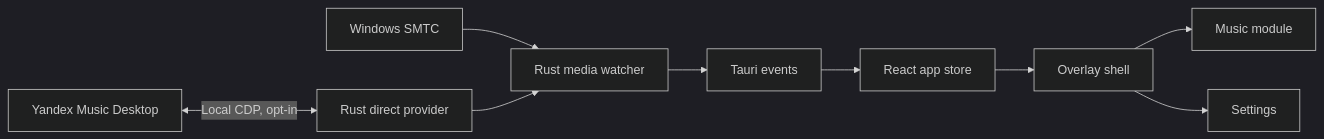
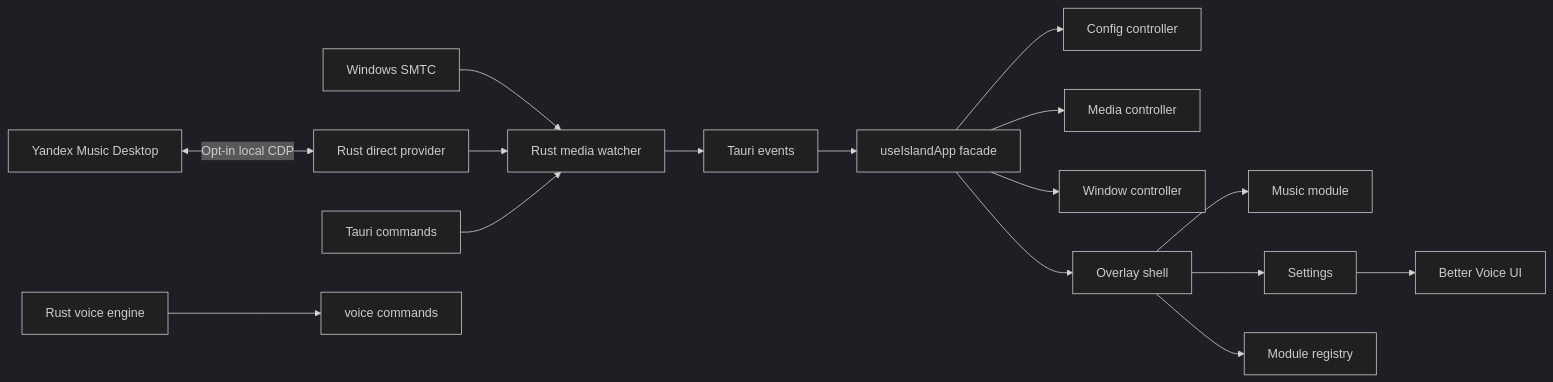
One commit to redheadesign/music-island changed the diagram in README.md. Above: the diagram before and after it, drawn with Mermaid (dark theme). The commit also changed other lines of this file and 12 other files, not shown here.

First line of the commit message:
Ship Music Island 1.3.1 with Unicode-safe portable updater relaunch.

````diff
--- a/README.md
+++ b/README.md
@@ -30,11 +32,18 @@
 ```mermaid
 flowchart LR
-  WindowsSMTC[Windows SMTC] --> RustMedia[Rust media watcher]
-  YandexDesktop[Yandex Music Desktop] <-->|Local CDP, opt-in| DirectProvider[Rust direct provider]
-  DirectProvider --> RustMedia
-  RustMedia --> TauriEvents[Tauri events]
-  ReactStore[React app store] --> OverlayShell[Overlay shell]
-  TauriEvents --> ReactStore
-  OverlayShell --> MusicModule[Music module]
-  OverlayShell --> SettingsModule[Settings]
+  SMTC[Windows SMTC] --> MediaWatcher[Rust media watcher]
+  Yandex[Yandex Music Desktop] <-->|Opt-in local CDP| DirectProvider[Rust direct provider]
+  DirectProvider --> MediaWatcher
+  MediaWatcher --> Events[Tauri events]
+  Commands[Tauri commands] --> MediaWatcher
+  VoiceEngine[Rust voice engine] --> VoiceCmds[voice commands]
+  Events --> AppFacade[useIslandApp facade]
+  AppFacade --> ConfigController[Config controller]
+  AppFacade --> MediaController[Media controller]
+  AppFacade --> WindowController[Window controller]
+  AppFacade --> Overlay[Overlay shell]
+  Overlay --> Music[Music module]
+  Overlay --> Settings[Settings]
+  Settings --> BetterVoice[Better Voice UI]
+  Overlay --> Registry[Module registry]
 ```
````
